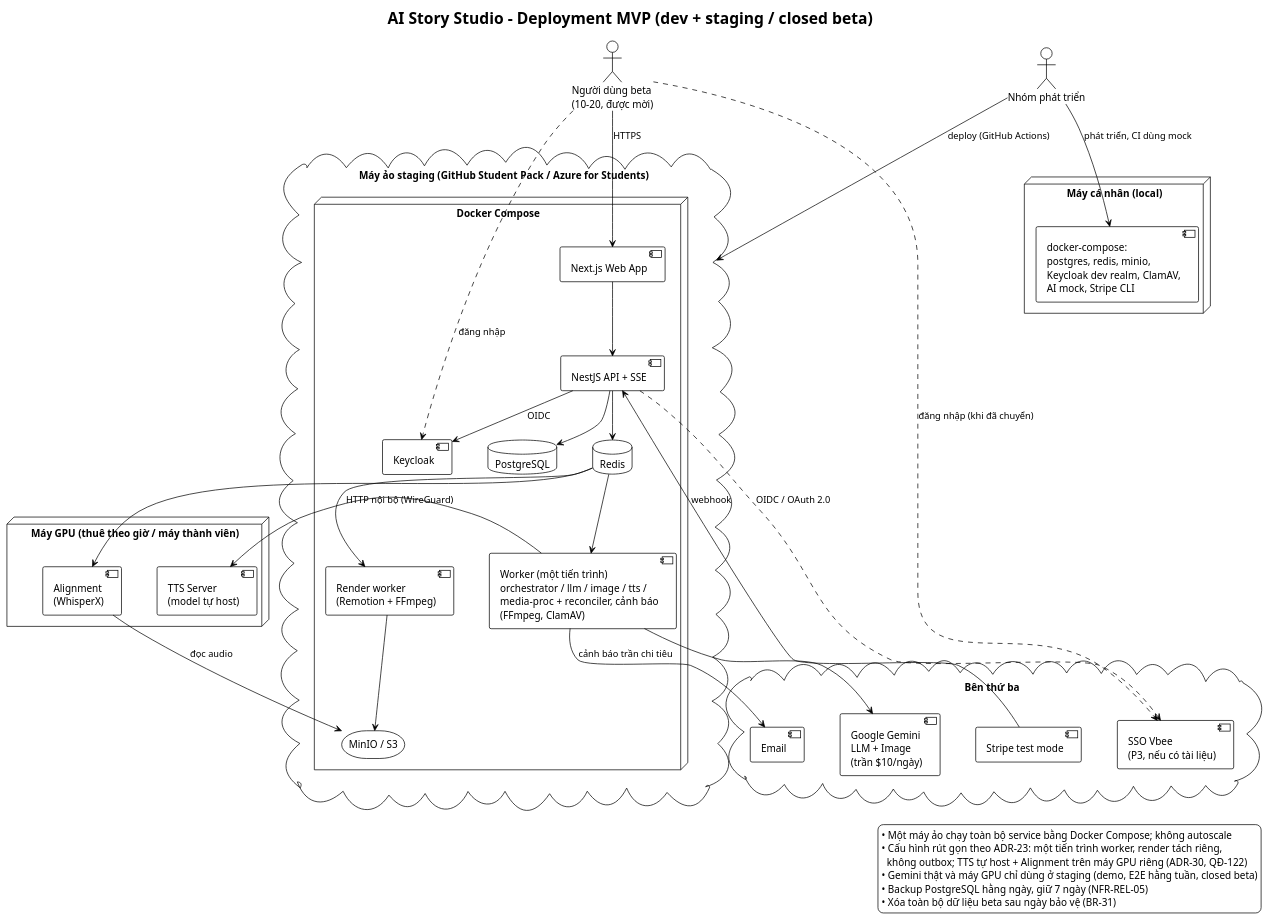
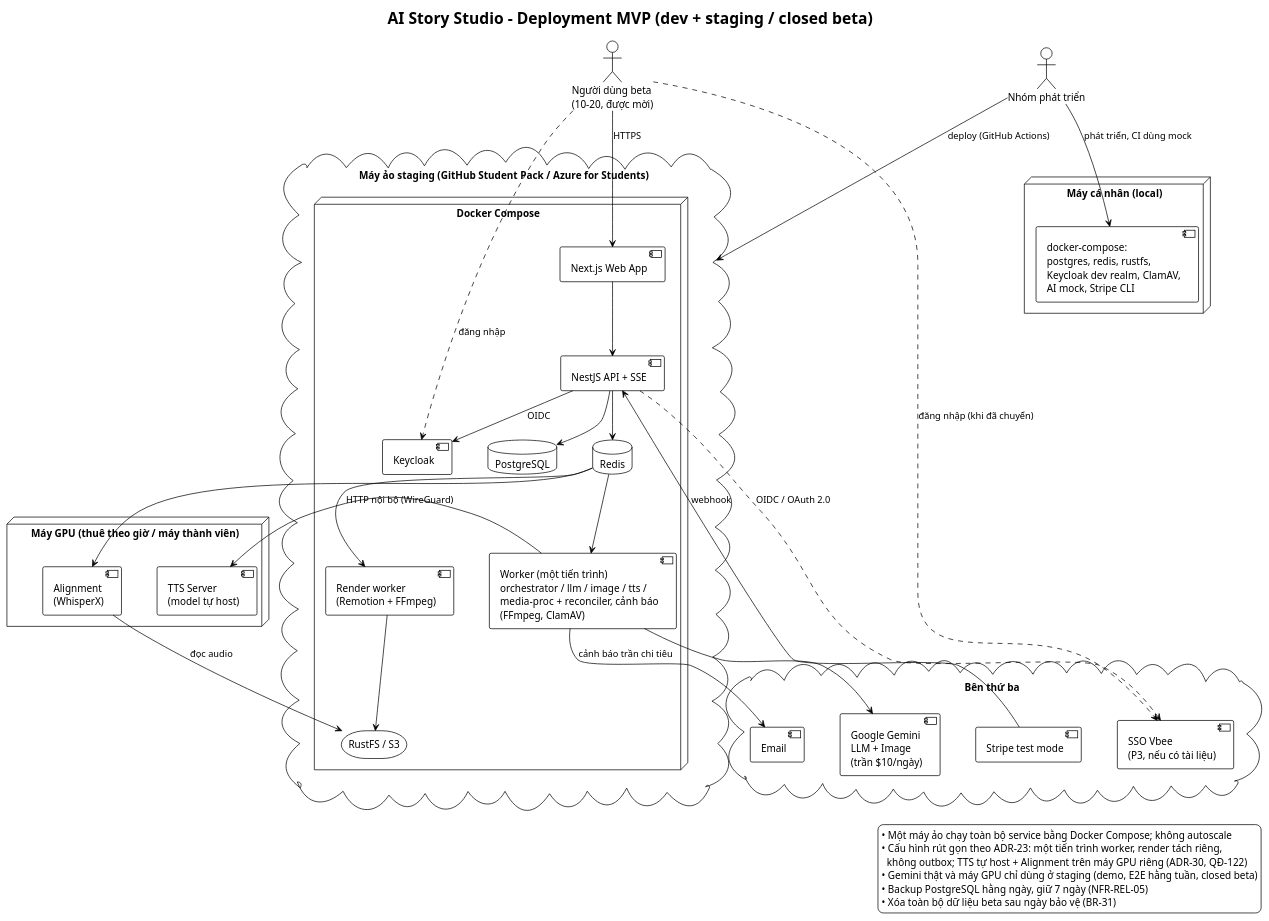
The diagram in demo-c2story/so-do/mvp/03-kien-truc/deployment-mvp.puml (202416852-anhpv/story2video-docs), drawn with PlantUML before and after one commit. The commit also changed 11 other files, not shown here.

Commit message:
feat(docs): update documentation to replace MinIO with RustFS for object storage

```diff
--- a/demo-c2story/so-do/mvp/03-kien-truc/deployment-mvp.puml
+++ b/demo-c2story/so-do/mvp/03-kien-truc/deployment-mvp.puml
@@ -1,68 +1,68 @@
 @startuml Deployment_MVP
 !theme plain
 skinparam defaultFontName "Segoe UI"
 skinparam nodesep 50
 skinparam ranksep 50
 title AI Story Studio - Deployment MVP (dev + staging / closed beta)
 
 actor "Người dùng beta\n(10–20, được mời)" as U
 actor "Nhóm phát triển" as Dev
 
 node "Máy cá nhân (local)" as local {
-    component "docker-compose:\npostgres, redis, minio,\nKeycloak dev realm, ClamAV,\nAI mock, Stripe CLI" as dc
+    component "docker-compose:\npostgres, redis, rustfs,\nKeycloak dev realm, ClamAV,\nAI mock, Stripe CLI" as dc
 }
 
 cloud "Máy ảo staging (GitHub Student Pack / Azure for Students)" as vm {
     node "Docker Compose" {
         component "Next.js Web App" as web
         component "NestJS API + SSE" as api
         component "Worker (một tiến trình)\norchestrator / llm / image / tts /\nmedia-proc + reconciler, cảnh báo\n(FFmpeg, ClamAV)" as wk
         component "Render worker\n(Remotion + FFmpeg)" as rw
         database "PostgreSQL" as pg
         database "Redis" as rd
-        storage "MinIO / S3" as s3
+        storage "RustFS / S3" as s3
         component "Keycloak" as kc
     }
 }
 
 node "Máy GPU (thuê theo giờ / máy thành viên)" as gpu {
     component "TTS Server\n(model tự host)" as tts
     component "Alignment\n(WhisperX)" as al
 }
 
 cloud "Bên thứ ba" {
     component "SSO Vbee\n(P3, nếu có tài liệu)" as vbee
     component "Stripe test mode" as stripe
     component "Google Gemini\nLLM + Image\n(trần $10/ngày)" as ai
     component "Email" as mail
 }
 
 Dev --> dc : phát triển, CI dùng mock
 Dev --> vm : deploy (GitHub Actions)
 U --> web : HTTPS
 U ..> kc : đăng nhập
 U ..> vbee : đăng nhập (khi đã chuyển)
 web --> api
 api --> pg
 api --> rd
 api --> kc : OIDC
 api ..> vbee : OIDC / OAuth 2.0
 stripe --> api : webhook
 rd --> wk
 rd --> al
 rd --> rw
 wk --> ai
 wk --> tts : HTTP nội bộ (WireGuard)
 al --> s3 : đọc audio
 wk --> mail : cảnh báo trần chi tiêu
 rw --> s3
 
 legend right
   • Một máy ảo chạy toàn bộ service bằng Docker Compose; không autoscale
   • Cấu hình rút gọn theo ADR-23: một tiến trình worker, render tách riêng,
     không outbox; TTS tự host + Alignment trên máy GPU riêng (ADR-30, QĐ-122)
   • Gemini thật và máy GPU chỉ dùng ở staging (demo, E2E hằng tuần, closed beta)
   • Backup PostgreSQL hằng ngày, giữ 7 ngày (NFR-REL-05)
   • Xóa toàn bộ dữ liệu beta sau ngày bảo vệ (BR-31)
 endlegend
 @enduml
```
